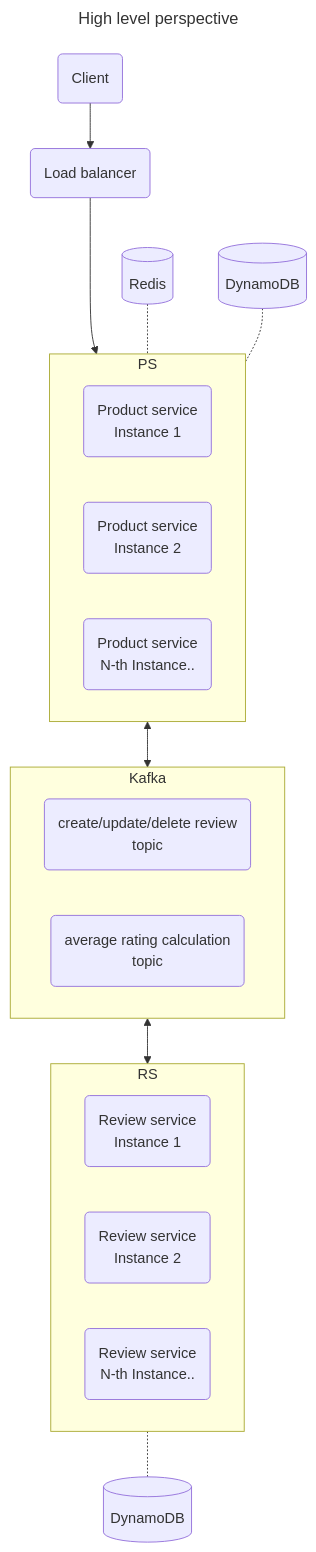
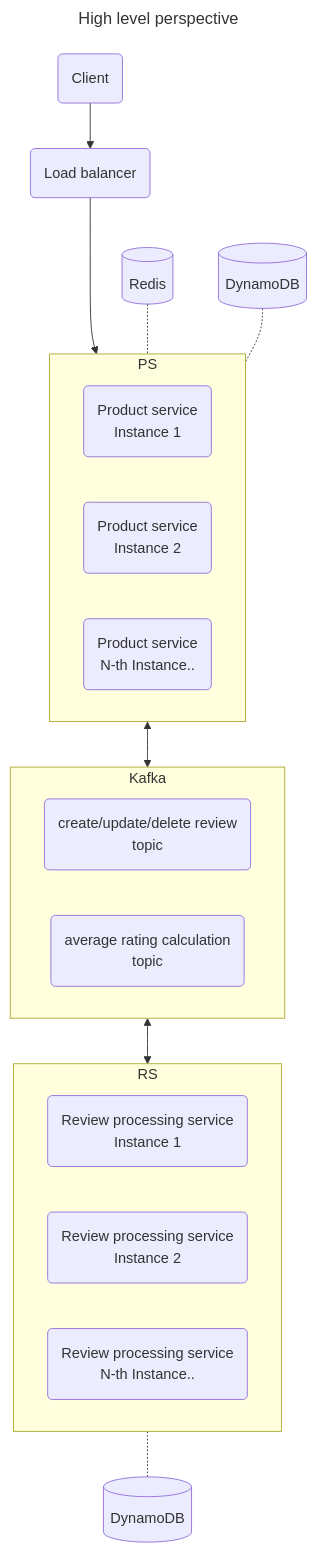
Before and after one commit to peterdanis/ct: the diagram in README.md, drawn with Mermaid. The commit also changed other lines of this file, not shown here.

````diff
--- a/README.md
+++ b/README.md
@@ -31,39 +35,39 @@
 ```mermaid
 ---
 title: "High level perspective"
 ---
 flowchart TD
 
 c(Client)
 lb(Load balancer)
 
 subgraph PS
 ps1(Product service\n Instance 1)
 ps2(Product service\n Instance 2)
 psn(Product service\n N-th Instance..)
 end
 
 rds[(Redis)]
 pdb[(DynamoDB)]
 
 subgraph Kafka
 kfkt1(create/update/delete review\n topic)
 kfkt2(average rating calculation\n topic)
 end
 
 subgraph RS
-rs1(Review service\n Instance 1)
-rs2(Review service\n Instance 2)
-rsn(Review service\n N-th Instance..)
+rs1(Review processing service\n Instance 1)
+rs2(Review processing service\n Instance 2)
+rsn(Review processing service\n N-th Instance..)
 end
 
 rdb[(DynamoDB)]
 
 c --> lb
 lb ---> PS
 rds -.- PS
 pdb -.- PS
 PS <--> Kafka
 Kafka <--> RS
 RS -.- rdb
 ```
````
